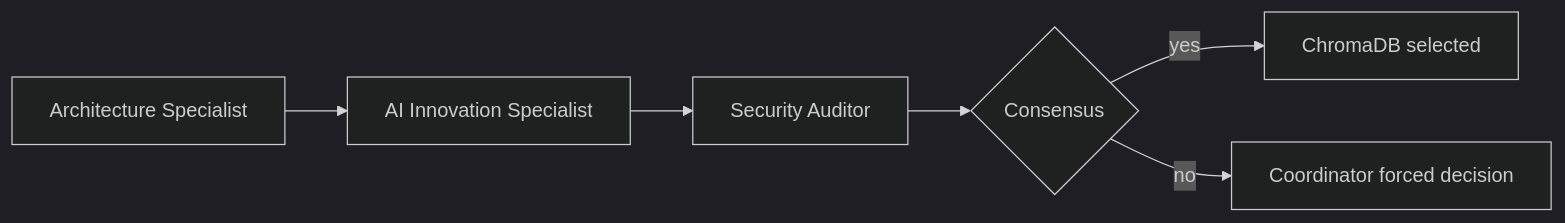
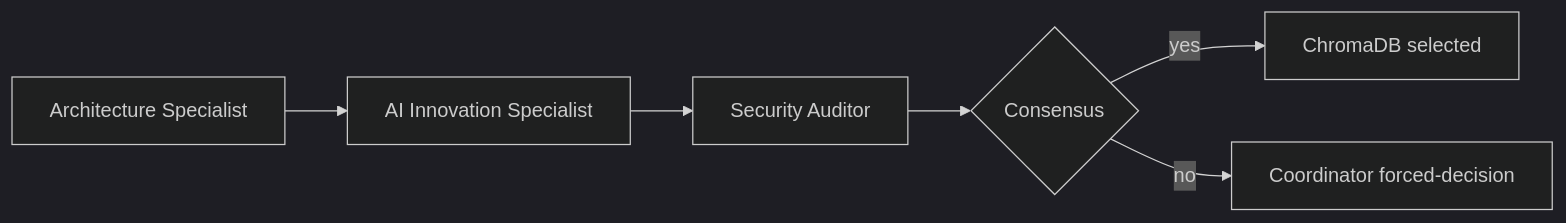
One commit to Katsiarynakavaleuskaya/PulsePlate changed the second of 2 diagrams in docs/orchestration/AGENT_DIALOGUE_TEMPLATE.md. Above: the diagram before and after it, drawn with Mermaid (dark theme). The commit also changed other lines of this file and 7 other files, not shown here.

````diff
--- a/docs/orchestration/AGENT_DIALOGUE_TEMPLATE.md
+++ b/docs/orchestration/AGENT_DIALOGUE_TEMPLATE.md
@@ -412,8 +412,8 @@
 ```mermaid
 flowchart LR
   AS["Architecture Specialist"] --> AIS["AI Innovation Specialist"]
   AIS --> SA["Security Auditor"]
   SA --> C{"Consensus"}
   C -- yes --> OUT["ChromaDB selected"]
-  C -- no --> FD["Coordinator forced decision"]
+  C -- no --> FD["Coordinator forced-decision"]
 ```
````
